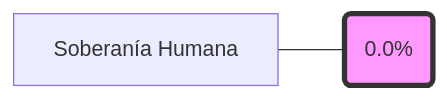
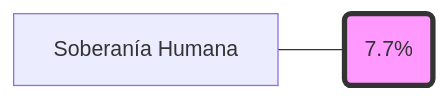
The diagram in 06_dashboard/publico/wiki/index.md (Dtcsrni/Sistema_Operativo_Tesis_Publico), drawn with Mermaid before and after one commit. The commit also changed other lines of this file and 2473 other files, not shown here.

````diff
--- a/06_dashboard/publico/wiki/index.md
+++ b/06_dashboard/publico/wiki/index.md
@@ -21,5 +21,5 @@
 ```mermaid
 graph LR
-  A[Soberanía Humana] --- B(0.0%)
+  A[Soberanía Humana] --- B(7.7%)
   style B fill:#f9f,stroke:#333,stroke-width:4px
 ```
````
